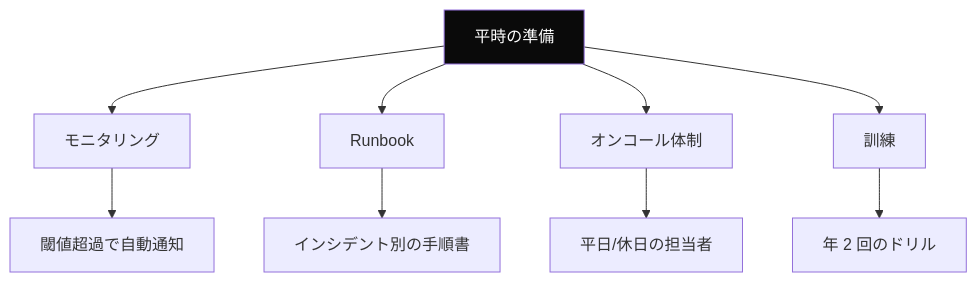
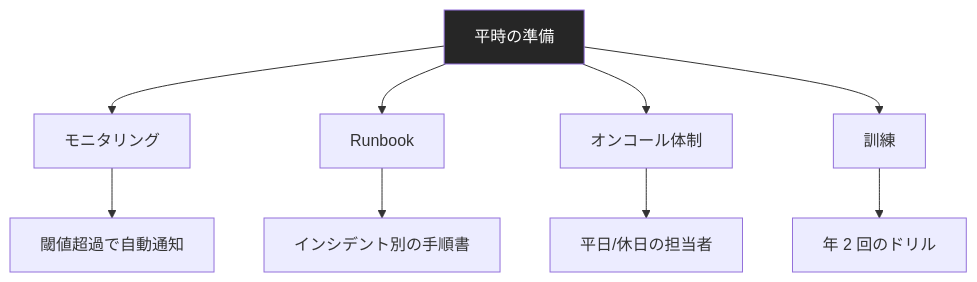
One commit to dinekt/dinekt-wiki changed the third of 3 diagrams in docs/tech-notes/llm-アプリのインシデント対応.md. Above: the diagram before and after it, drawn with Mermaid. The commit also changed other lines of this file and 71 other files, not shown here.

First line of the commit message:
fix: mermaid readability + remove GitHub repo toolbar

````diff
--- a/docs/tech-notes/llm-アプリのインシデント対応.md
+++ b/docs/tech-notes/llm-アプリのインシデント対応.md
@@ -109,14 +109,14 @@
 ```mermaid
 flowchart TD
     P[平時の準備] --> M[モニタリング]
     P --> R[Runbook]
     P --> O[オンコール体制]
     P --> T[訓練]
 
     M --> M1[閾値超過で自動通知]
     R --> R1[インシデント別の手順書]
     O --> O1[平日/休日の担当者]
     T --> T1[年 2 回のドリル]
 
-    style P fill:#0a0a0a,color:#fff
+    style P fill:#262626,color:#fff
 ```
````
